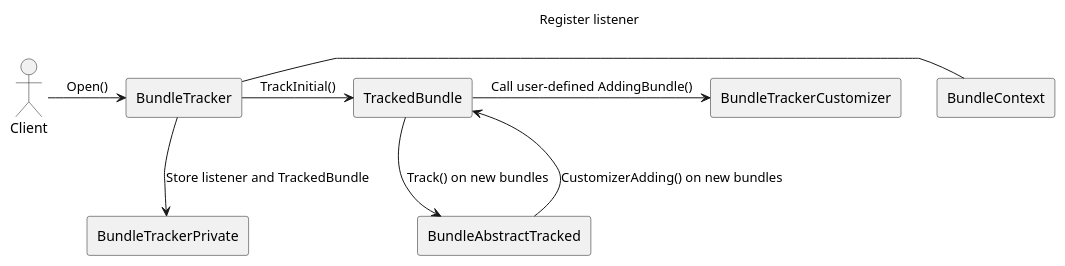
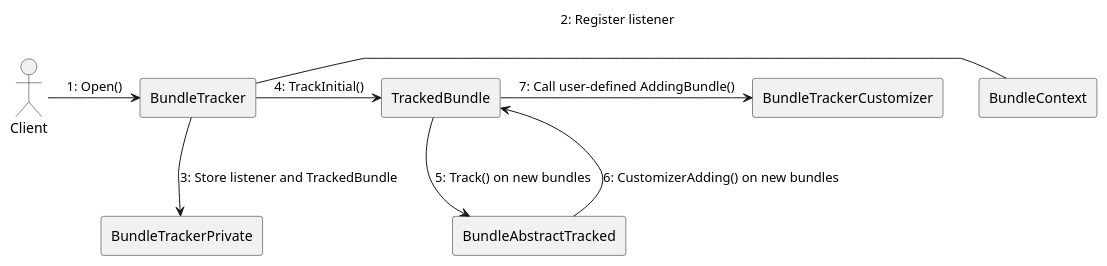
Before and after one commit to CppMicroServices/rfcs: the diagram in text/0009-BundleTracker-integration/open_bundletracker.puml, drawn with PlantUML. The commit also changed 12 other files, not shown here.

Commit message:
Add numbering to communication diagrams

```diff
--- a/text/0009-BundleTracker-integration/open_bundletracker.puml
+++ b/text/0009-BundleTracker-integration/open_bundletracker.puml
@@ -1,19 +1,19 @@
 @startuml open_diagram
 :Client: as Client
 
 rectangle "BundleTracker" as BT
 rectangle "BundleTrackerPrivate" as BTP
 rectangle "TrackedBundle" as TB
 rectangle "BundleContext" as BC
 rectangle "BundleAbstractTracked" as BAT
 rectangle "BundleTrackerCustomizer" as BTC
 
-Client -> BT : Open()
-BT - BC : Register listener
-BT -d-> BTP : Store listener and TrackedBundle
-BT -> TB : TrackInitial()
-TB -d-> BAT : Track() on new bundles
-BAT -> TB : CustomizerAdding() on new bundles
-TB -> BTC : Call user-defined AddingBundle()
+Client -> BT : 1: Open()
+BT - BC : 2: Register listener
+BT -d-> BTP : 3: Store listener and TrackedBundle
+BT -> TB : 4: TrackInitial()
+TB -d-> BAT : 5: Track() on new bundles
+BAT -> TB : 6: CustomizerAdding() on new bundles
+TB -> BTC : 7: Call user-defined AddingBundle()
 
 @enduml
```
